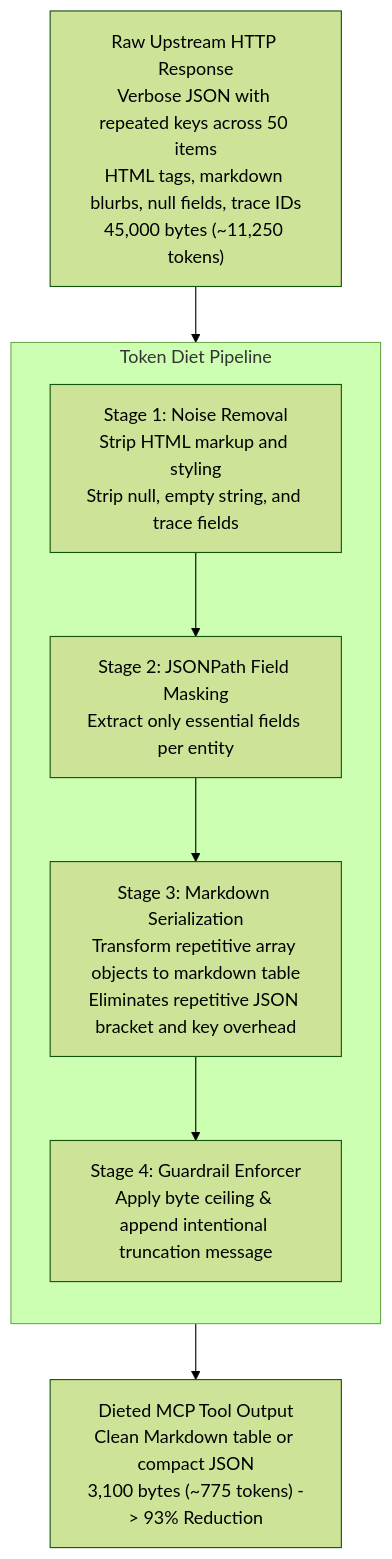
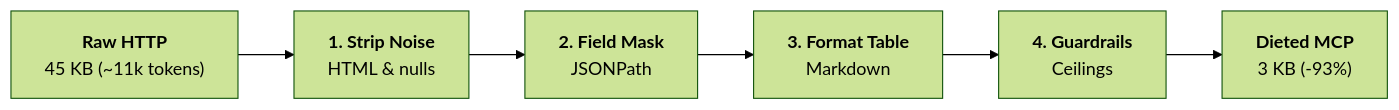
One commit to BraveRam/postmcp changed the diagram in packages/studio/content/docs/token-diet/index.mdx. Above: the diagram before and after it, drawn with Mermaid (forest theme). The commit also changed 2 other files, not shown here.

Commit message:
style(docs): optimize architecture and token-diet diagrams to horizontal layout with concise labels

````diff
--- a/packages/studio/content/docs/token-diet/index.mdx
+++ b/packages/studio/content/docs/token-diet/index.mdx
@@ -15,21 +15,9 @@
 ```mermaid
-graph TD
-  Raw["Raw Upstream HTTP Response<br/>Verbose JSON with repeated keys across 50 items<br/>HTML tags, markdown blurbs, null fields, trace IDs<br/>45,000 bytes (~11,250 tokens)"]
-
-  subgraph Pipeline ["Token Diet Pipeline"]
-    direction TB
-    S1["Stage 1: Noise Removal<br/>Strip HTML markup and styling<br/>Strip null, empty string, and trace fields"]
-    S2["Stage 2: JSONPath Field Masking<br/>Extract only essential fields per entity"]
-    S3["Stage 3: Markdown Serialization<br/>Transform repetitive array objects to markdown table<br/>Eliminates repetitive JSON bracket and key overhead"]
-    S4["Stage 4: Guardrail Enforcer<br/>Apply byte ceiling & append intentional truncation message"]
-
-    S1 --> S2
-    S2 --> S3
-    S3 --> S4
-  end
-
-  Output["Dieted MCP Tool Output<br/>Clean Markdown table or compact JSON<br/>3,100 bytes (~775 tokens) -> 93% Reduction"]
-
-  Raw --> S1
-  S4 --> Output
+flowchart LR
+  Raw["<b>Raw HTTP</b><br/>45 KB (~11k tokens)"]
+  --> S1["<b>1. Strip Noise</b><br/>HTML & nulls"]
+  --> S2["<b>2. Field Mask</b><br/>JSONPath"]
+  --> S3["<b>3. Format Table</b><br/>Markdown"]
+  --> S4["<b>4. Guardrails</b><br/>Ceilings"]
+  --> Out["<b>Dieted MCP</b><br/>3 KB (-93%)"]
 ```
````
